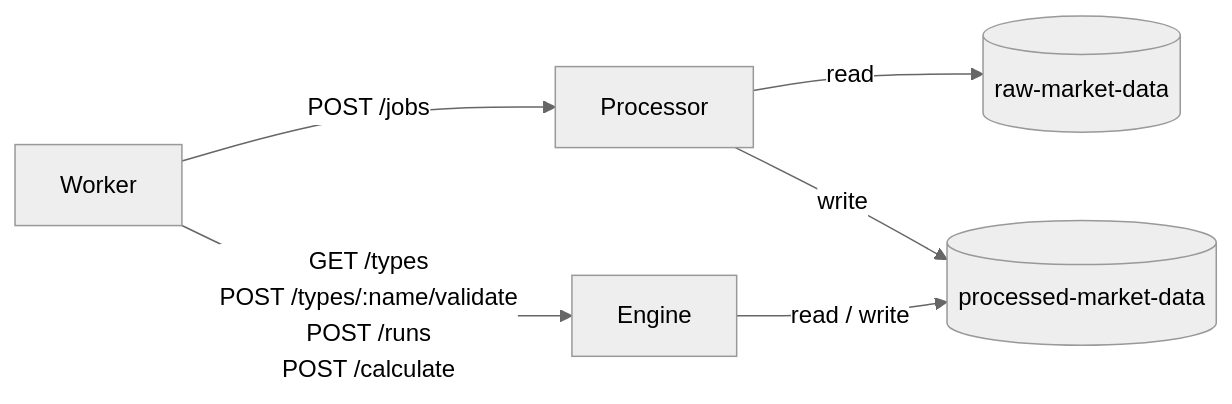
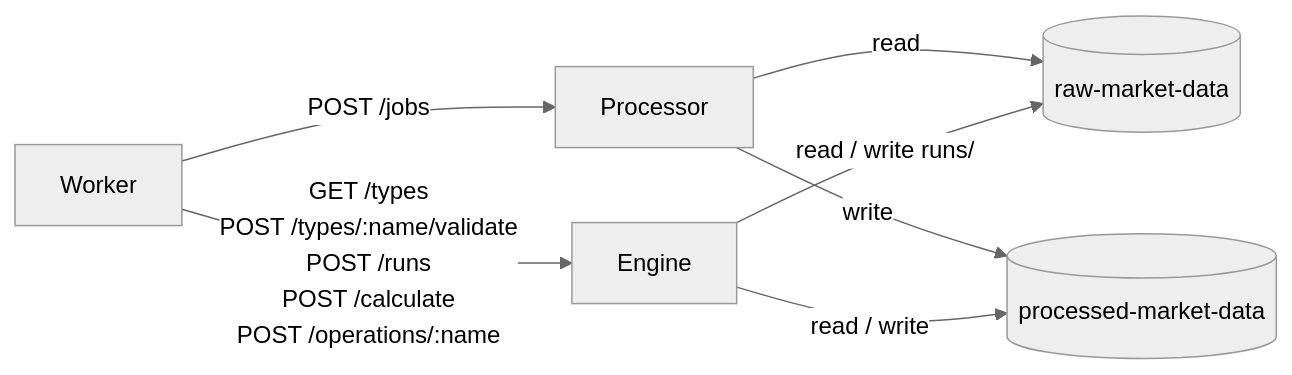
The diagram in docs/src/content/docs/reference/containers.md (maxime-filippini/data-service), drawn with Mermaid (neutral theme) before and after one commit. The commit also changed other lines of this file and 11 other files, not shown here.

````diff
--- a/docs/src/content/docs/reference/containers.md
+++ b/docs/src/content/docs/reference/containers.md
@@ -15,8 +15,9 @@
 ```mermaid
 flowchart LR
   W[Worker] -- "POST /jobs" --> P[Processor]
-  W -- "GET /types<br/>POST /types/:name/validate<br/>POST /runs<br/>POST /calculate" --> E[Engine]
+  W -- "GET /types<br/>POST /types/:name/validate<br/>POST /runs<br/>POST /calculate<br/>POST /operations/:name" --> E[Engine]
   P -- read --> raw[(raw-market-data)]
   P -- write --> processed[(processed-market-data)]
   E -- read / write --> processed
+  E -- "read / write runs/" --> raw
 ```
````
